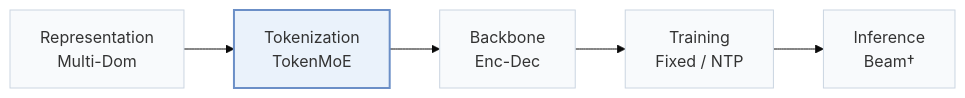
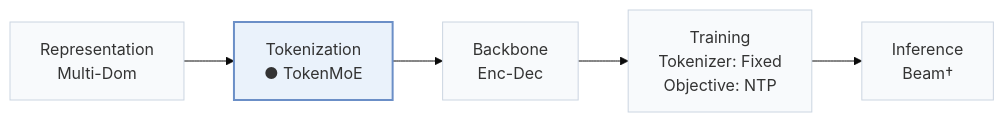
Before and after one commit to Galaxy-ghost/Awesome-SID-Generative-Rec: the first of 2 diagrams in pages/papers/unitok.md, drawn with Mermaid (base theme). The commit also changed other lines of this file and 558 other files, not shown here.

````diff
--- a/pages/papers/unitok.md
+++ b/pages/papers/unitok.md
@@ -15,8 +19,8 @@
 ```mermaid
 flowchart LR
-    R["Representation<br/>Multi-Dom"] --> T["Tokenization<br/>TokenMoE"] --> B["Backbone<br/>Enc-Dec"] --> TR["Training<br/>Fixed / NTP"] --> I["Inference<br/>Beam†"]
+    R["Representation<br/>Multi-Dom"] --> T["Tokenization<br/>● TokenMoE"] --> B["Backbone<br/>Enc-Dec"] --> TR["Training<br/>Tokenizer: Fixed<br/>Objective: NTP"] --> I["Inference<br/>Beam†"]
     classDef base fill:#f8fafc,stroke:#cbd5e1
     class R,T,B,TR,I base
     classDef main fill:#eaf2fb,stroke:#6b8fc7,stroke-width:2px
     class T main
 ```
````
